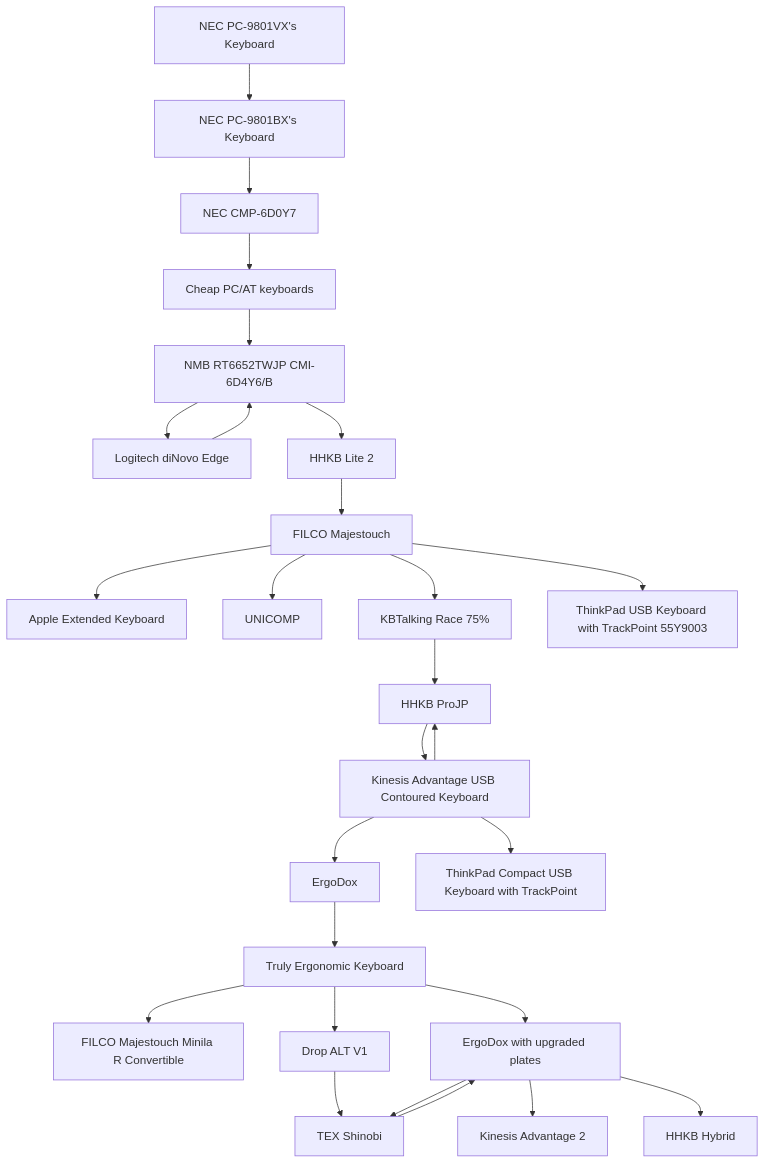
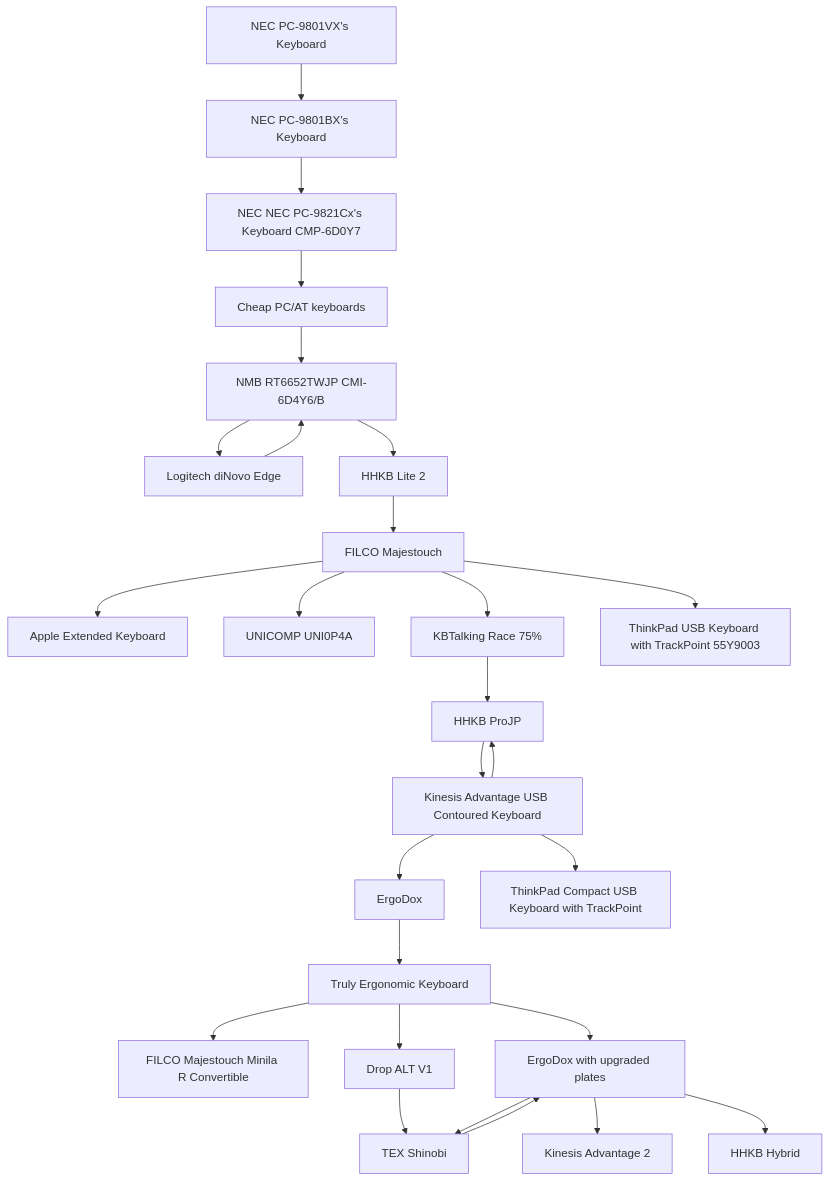
The diagram in hid.md (sumibi-yakitori/sumibi-yakitori), drawn with Mermaid before and after one commit.

Commit message:
no message

````diff
--- a/hid.md
+++ b/hid.md
@@ -19,28 +19,28 @@
 ```mermaid
 graph TD;
     pc9801vx[NEC PC-9801VX's Keyboard]-->pc9801bx[NEC PC-9801BX's Keyboard];
-    pc9801bx-->pc9821cx13[NEC CMP-6D0Y7];
+    pc9801bx-->pc9821cx13[NEC NEC PC-9821Cx's Keyboard CMP-6D0Y7];
     pc9821cx13-->pcat1[Cheap PC/AT keyboards];
     pcat1-->nmb;
     nmb[NMB RT6652TWJP CMI-6D4Y6/B]-->Logitech[Logitech diNovo Edge]-->nmb;
     nmb-->hhkb-lite[HHKB Lite 2];
     hhkb-lite-->filco-m[FILCO Majestouch];
     filco-m-->ae-kb[Apple Extended Keyboard];
-    filco-m-->unicomp[UNICOMP];
+    filco-m-->unicomp[UNICOMP UNI0P4A];
     filco-m-->race[KBTalking Race 75%];
     filco-m-->thinkpad1[ThinkPad USB Keyboard with TrackPoint 55Y9003];
     race-->hhkb-pro-jp[HHKB ProJP];
     hhkb-pro-jp-->kinesis-a[Kinesis Advantage USB Contoured Keyboard];
     kinesis-a-->hhkb-pro-jp;
     kinesis-a-->ergodox1[ErgoDox];
     kinesis-a-->thinkpad2[ThinkPad Compact USB Keyboard with TrackPoint];
     ergodox1-->teck[Truly Ergonomic Keyboard];
     teck-->filco-minila-r[FILCO Majestouch Minila R Convertible];
     teck-->ergodox2[ErgoDox with upgraded plates];
     teck-->drop-alt[Drop ALT V1];
     drop-alt-->shinobi;
     ergodox2-->shinobi[TEX Shinobi];
     shinobi-->ergodox2
     ergodox2-->kinesis-a2[Kinesis Advantage 2];
     ergodox2-->hhkb-hybrid[HHKB Hybrid];
 ```
````
